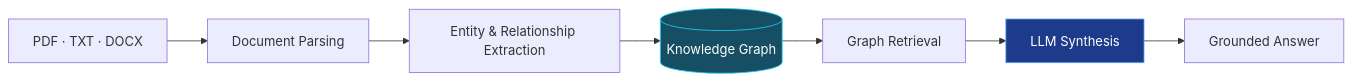
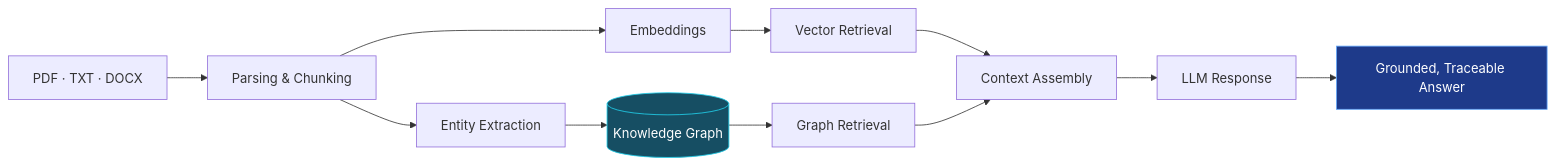
Before and after one commit to bhuvansmegalamane1/bhuvansmegalamane1: the diagram in README.md, drawn with Mermaid. The commit also changed other lines of this file, not shown here.

````diff
--- a/README.md
+++ b/README.md
@@ -53,12 +39,16 @@
 ```mermaid
 flowchart LR
-    A["PDF · TXT · DOCX"] --> B["Document Parsing"]
-    B --> C["Entity & Relationship Extraction"]
-    C --> D[("Knowledge Graph")]
-    D --> E["Graph Retrieval"]
-    E --> F["LLM Synthesis"]
-    F --> G["Grounded Answer"]
+    A["PDF · TXT · DOCX"] --> B["Parsing & Chunking"]
+    B --> C["Embeddings"]
+    C --> D["Vector Retrieval"]
+    B --> E["Entity Extraction"]
+    E --> F[("Knowledge Graph")]
+    F --> G["Graph Retrieval"]
+    D --> H["Context Assembly"]
+    G --> H
+    H --> I["LLM Response"]
+    I --> J["Grounded, Traceable Answer"]
 
-    style D fill:#164e63,stroke:#22d3ee,color:#fff
-    style F fill:#1e3a8a,stroke:#60a5fa,color:#fff
+    style F fill:#164e63,stroke:#22d3ee,color:#ffffff
+    style J fill:#1e3a8a,stroke:#60a5fa,color:#ffffff
 ```
````
